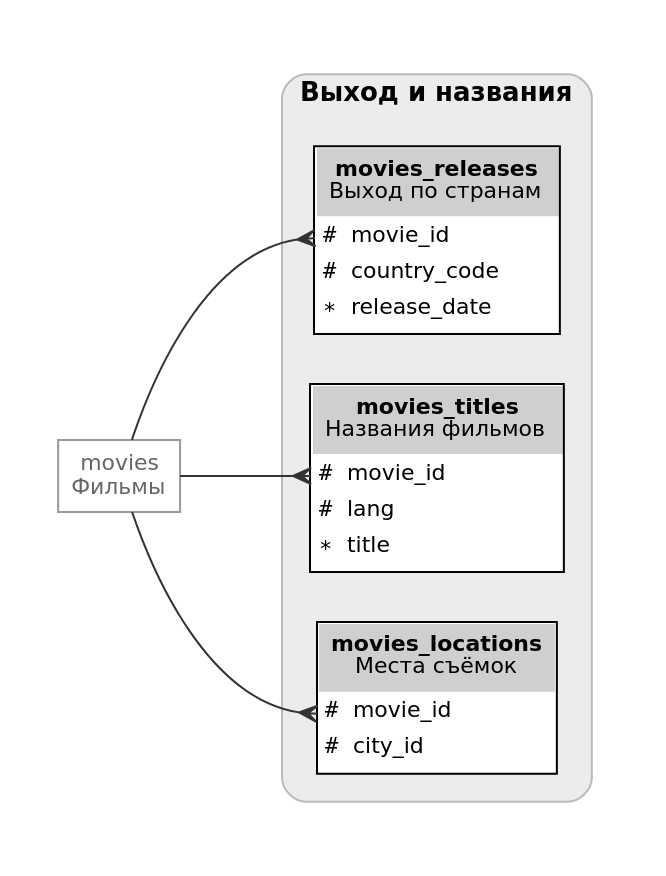
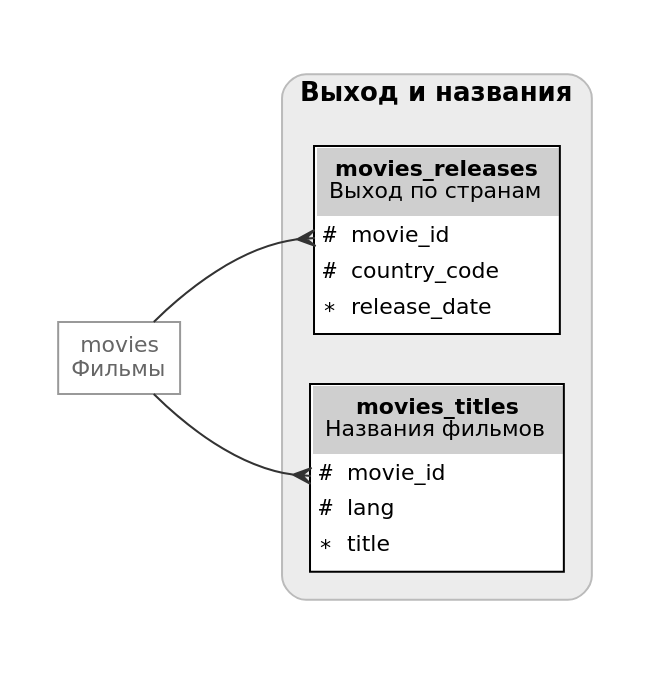
Before and after one commit to Hammerhall/hammerhall-data: the diagram in mov/schema/schema-releases.dot, drawn with Graphviz. The commit also changed 39 other files, not shown here.

First line of the commit message:
🗺️ Reel Map — Movie на карте: места, город World, место действия (mov-data-v1)

```diff
--- a/mov/schema/schema-releases.dot
+++ b/mov/schema/schema-releases.dot
@@ -1,18 +1,16 @@
 // mov-data-v1 — группа «Выход и названия»: все поля её таблиц; таблицы других групп, на которые они ссылаются, — серой рамкой.
 // Сгенерировано из описания схемы; руками не править. Картинка (SVG): tools/schema-svg.sh mov.
 digraph schema {
   graph [rankdir=LR, fontname="DejaVu Sans", fontsize=13, nodesep=0.35, ranksep=0.9, pad=0.3, splines=true, newrank=true];
   node [shape=plain, fontname="DejaVu Sans", fontsize=11];
   edge [dir=both, arrowtail=none, arrowhead=crow, arrowsize=0.9, color="#333333"];
   subgraph "cluster_releases" {
     label=<<B>Выход и названия</B>>;
     style="rounded,filled"; fillcolor="#ececec"; color="#bbbbbb"; margin=14;
     "movies_releases" [label=<<TABLE BORDER="1" CELLBORDER="0" CELLSPACING="0" CELLPADDING="3" BGCOLOR="white"><TR><TD BGCOLOR="#cfcfcf" CELLPADDING="6"><B>movies_releases</B><BR/>Выход по странам</TD></TR><TR><TD CELLPADDING="1"></TD></TR><TR><TD ALIGN="LEFT" PORT="movie_id"><FONT FACE="DejaVu Sans Mono"># </FONT>movie_id</TD></TR><TR><TD ALIGN="LEFT" PORT="country_code"><FONT FACE="DejaVu Sans Mono"># </FONT>country_code</TD></TR><TR><TD ALIGN="LEFT" PORT="release_date"><FONT FACE="DejaVu Sans Mono">∗ </FONT>release_date</TD></TR><TR><TD CELLPADDING="1"></TD></TR></TABLE>>];
     "movies_titles" [label=<<TABLE BORDER="1" CELLBORDER="0" CELLSPACING="0" CELLPADDING="3" BGCOLOR="white"><TR><TD BGCOLOR="#cfcfcf" CELLPADDING="6"><B>movies_titles</B><BR/>Названия фильмов</TD></TR><TR><TD CELLPADDING="1"></TD></TR><TR><TD ALIGN="LEFT" PORT="movie_id"><FONT FACE="DejaVu Sans Mono"># </FONT>movie_id</TD></TR><TR><TD ALIGN="LEFT" PORT="lang"><FONT FACE="DejaVu Sans Mono"># </FONT>lang</TD></TR><TR><TD ALIGN="LEFT" PORT="title"><FONT FACE="DejaVu Sans Mono">∗ </FONT>title</TD></TR><TR><TD CELLPADDING="1"></TD></TR></TABLE>>];
-    "movies_locations" [label=<<TABLE BORDER="1" CELLBORDER="0" CELLSPACING="0" CELLPADDING="3" BGCOLOR="white"><TR><TD BGCOLOR="#cfcfcf" CELLPADDING="6"><B>movies_locations</B><BR/>Места съёмок</TD></TR><TR><TD CELLPADDING="1"></TD></TR><TR><TD ALIGN="LEFT" PORT="movie_id"><FONT FACE="DejaVu Sans Mono"># </FONT>movie_id</TD></TR><TR><TD ALIGN="LEFT" PORT="city_id"><FONT FACE="DejaVu Sans Mono"># </FONT>city_id</TD></TR><TR><TD CELLPADDING="1"></TD></TR></TABLE>>];
   }
   "movies" [label=<<TABLE BORDER="1" CELLBORDER="0" CELLSPACING="0" CELLPADDING="5" COLOR="#999999" BGCOLOR="white"><TR><TD><FONT COLOR="#666666">movies<BR/>Фильмы</FONT></TD></TR></TABLE>>];
   "movies" -> "movies_releases":"movie_id";
   "movies" -> "movies_titles":"movie_id";
-  "movies" -> "movies_locations":"movie_id";
 }
```
